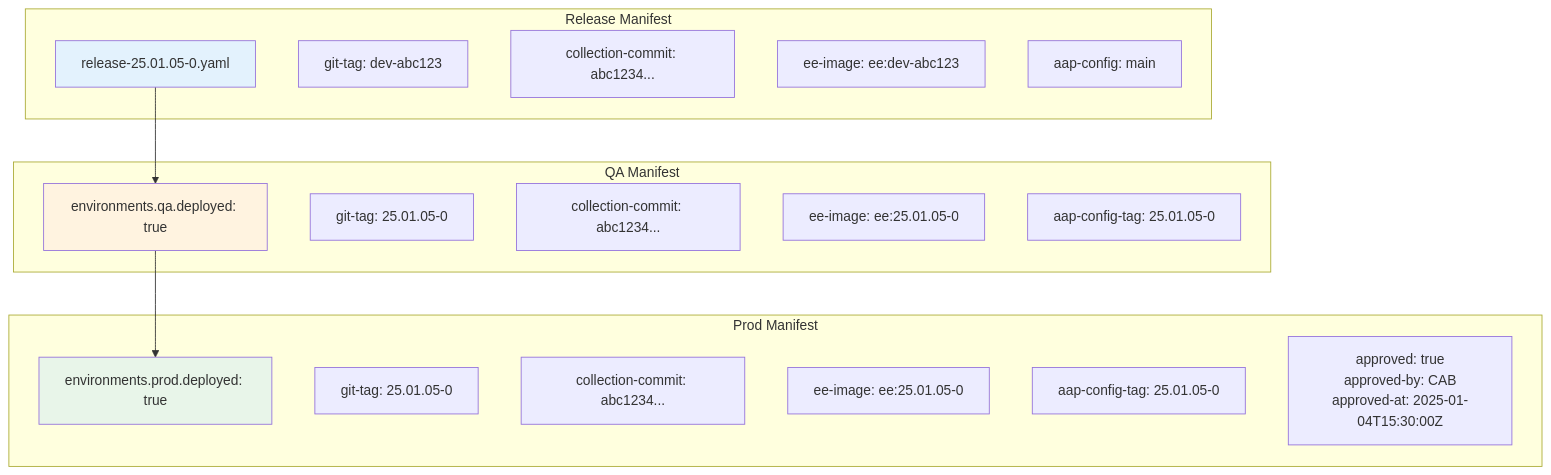
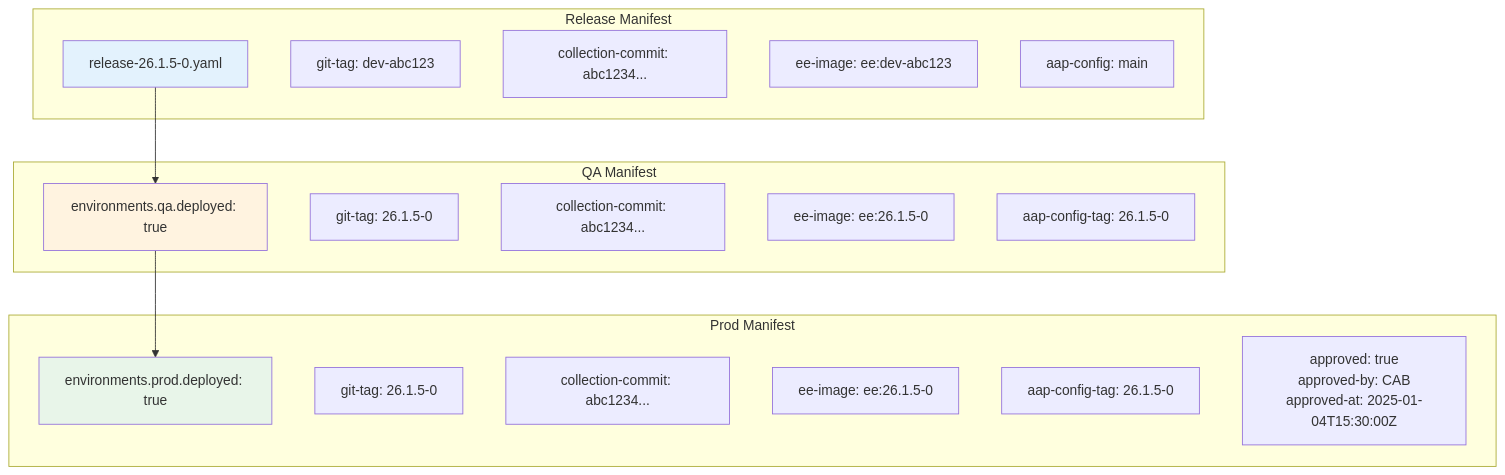
The third of 17 diagrams in docs/diagrams/PROMOTION-FLOW.md (djdanielsson/rh1-docs), drawn with Mermaid before and after one commit. The commit also changed other lines of this file and 15 other files, not shown here.

````diff
--- a/docs/diagrams/PROMOTION-FLOW.md
+++ b/docs/diagrams/PROMOTION-FLOW.md
@@ -211,34 +211,34 @@
 ```mermaid
 graph TB
     subgraph "Release Manifest"
-        DEV_M["release-25.01.05-0.yaml"]
+        DEV_M["release-26.1.5-0.yaml"]
         DEV_TAG["git-tag: dev-abc123"]
         DEV_COL["collection-commit: abc1234..."]
         DEV_EE["ee-image: ee:dev-abc123"]
         DEV_AAP["aap-config: main"]
     end
 
     subgraph "QA Manifest"
         QA_M["environments.qa.deployed: true"]
-        QA_TAG["git-tag: 25.01.05-0"]
+        QA_TAG["git-tag: 26.1.5-0"]
         QA_COL["collection-commit: abc1234..."]
-        QA_EE["ee-image: ee:25.01.05-0"]
-        QA_AAP["aap-config-tag: 25.01.05-0"]
+        QA_EE["ee-image: ee:26.1.5-0"]
+        QA_AAP["aap-config-tag: 26.1.5-0"]
     end
 
     subgraph "Prod Manifest"
         PROD_M["environments.prod.deployed: true"]
-        PROD_TAG["git-tag: 25.01.05-0"]
+        PROD_TAG["git-tag: 26.1.5-0"]
         PROD_COL["collection-commit: abc1234..."]
-        PROD_EE["ee-image: ee:25.01.05-0"]
-        PROD_AAP["aap-config-tag: 25.01.05-0"]
+        PROD_EE["ee-image: ee:26.1.5-0"]
+        PROD_AAP["aap-config-tag: 26.1.5-0"]
         PROD_APPROVED["approved: true<br/>approved-by: CAB<br/>approved-at: 2025-01-04T15:30:00Z"]
     end
 
     DEV_M --> QA_M
     QA_M --> PROD_M
 
     style DEV_M fill:#e3f2fd
     style QA_M fill:#fff3e0
     style PROD_M fill:#e8f5e9
 ```
````
